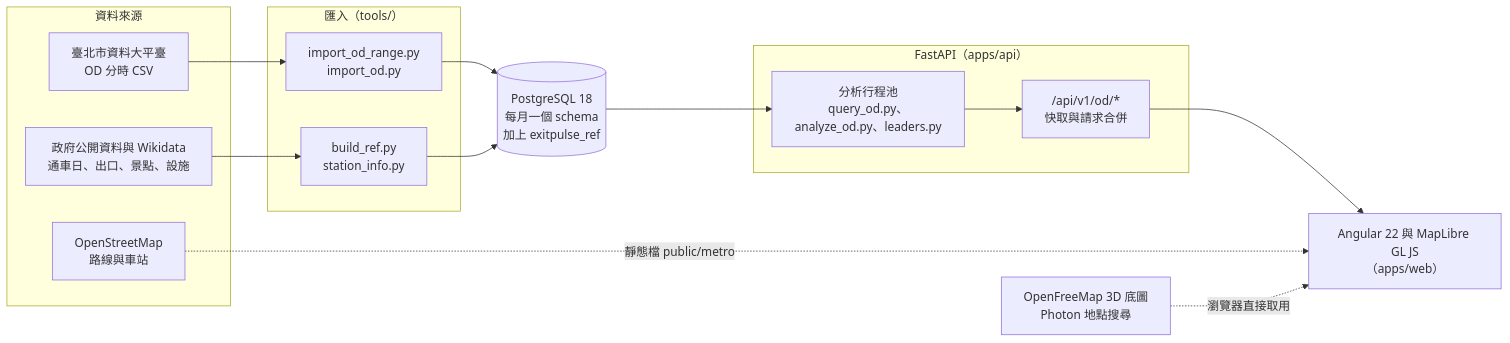
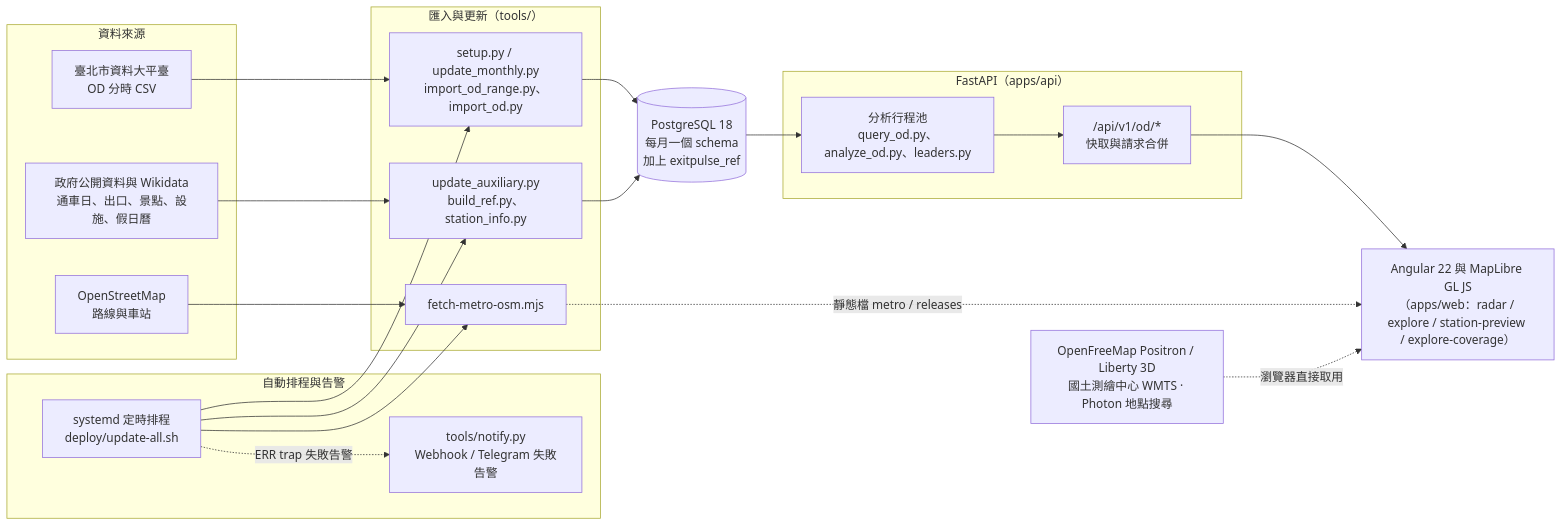
One commit to HsuanC0921/ExitPulse changed the diagram in README.md. Above: the diagram before and after it, drawn with Mermaid. The commit also changed other lines of this file and 4 other files, not shown here.

Commit message:
docs: 同步 1.4.0 README、架構圖與更新紀錄，修正 E2E 結束時連線未關閉

````diff
--- a/README.md
+++ b/README.md
@@ -145,23 +149,33 @@
 ```mermaid
 flowchart LR
   subgraph src["資料來源"]
     A["臺北市資料大平臺<br/>OD 分時 CSV"]
     B["OpenStreetMap<br/>路線與車站"]
-    C["政府公開資料與 Wikidata<br/>通車日、出口、景點、設施"]
+    C["政府公開資料與 Wikidata<br/>通車日、出口、景點、設施、假日曆"]
   end
-  subgraph etl["匯入（tools/）"]
-    D["import_od_range.py<br/>import_od.py"]
-    E["build_ref.py<br/>station_info.py"]
+  subgraph ops["自動排程與告警"]
+    S["systemd 定時排程<br/>deploy/update-all.sh"]
+    N["tools/notify.py<br/>Webhook / Telegram 失敗告警"]
+  end
+  subgraph etl["匯入與更新（tools/）"]
+    D["setup.py / update_monthly.py<br/>import_od_range.py、import_od.py"]
+    E["update_auxiliary.py<br/>build_ref.py、station_info.py"]
+    J["fetch-metro-osm.mjs"]
   end
   DB[("PostgreSQL 18<br/>每月一個 schema<br/>加上 exitpulse_ref")]
   subgraph api["FastAPI（apps/api）"]
     F["/api/v1/od/*<br/>快取與請求合併"]
     G["分析行程池<br/>query_od.py、analyze_od.py、leaders.py"]
   end
-  H["Angular 22 與 MapLibre GL JS<br/>（apps/web）"]
+  H["Angular 22 與 MapLibre GL JS<br/>（apps/web：radar / explore / station-preview / explore-coverage）"]
+  M["OpenFreeMap Positron / Liberty 3D<br/>國土測繪中心 WMTS · Photon 地點搜尋"]
   A --> D --> DB
   C --> E --> DB
+  S --> D
+  S --> E
+  S --> J
+  S -. "ERR trap 失敗告警" .-> N
   DB --> G --> F --> H
-  B -. "靜態檔 public/metro" .-> H
-  M["OpenFreeMap 3D 底圖<br/>Photon 地點搜尋"] -. 瀏覽器直接取用 .-> H
+  B --> J -. "靜態檔 metro / releases" .-> H
+  M -. 瀏覽器直接取用 .-> H
 ```
````
